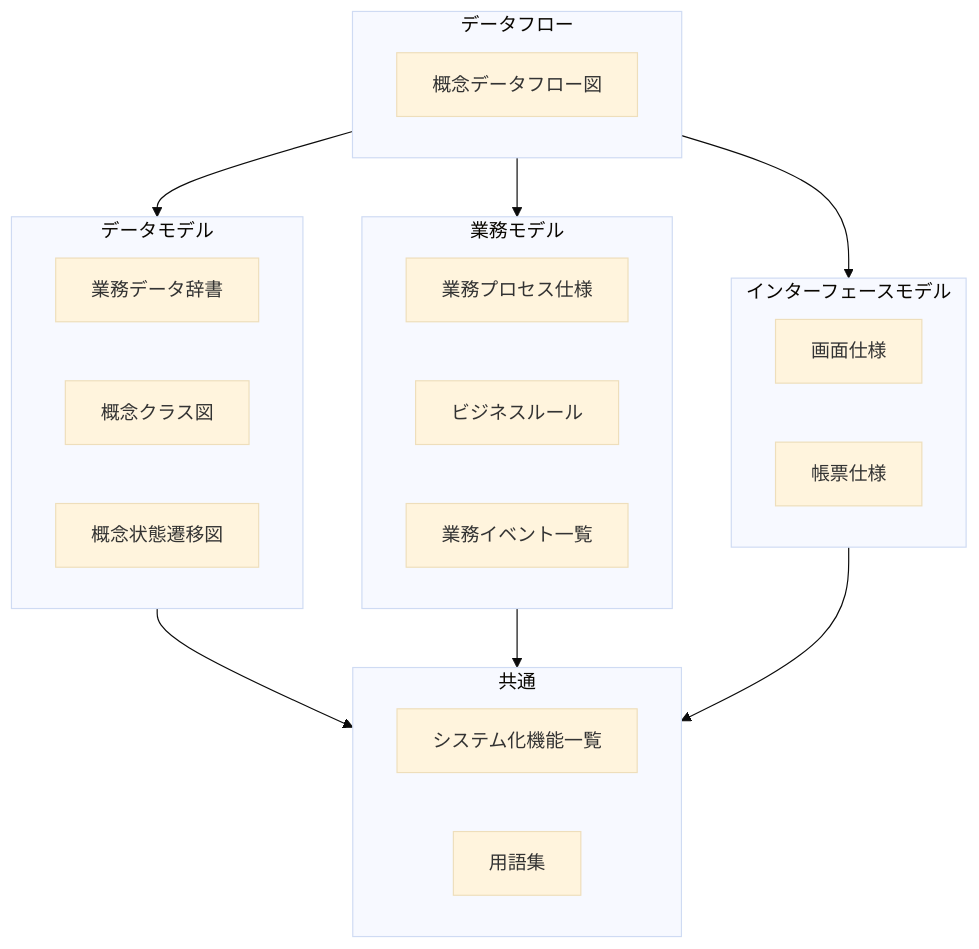
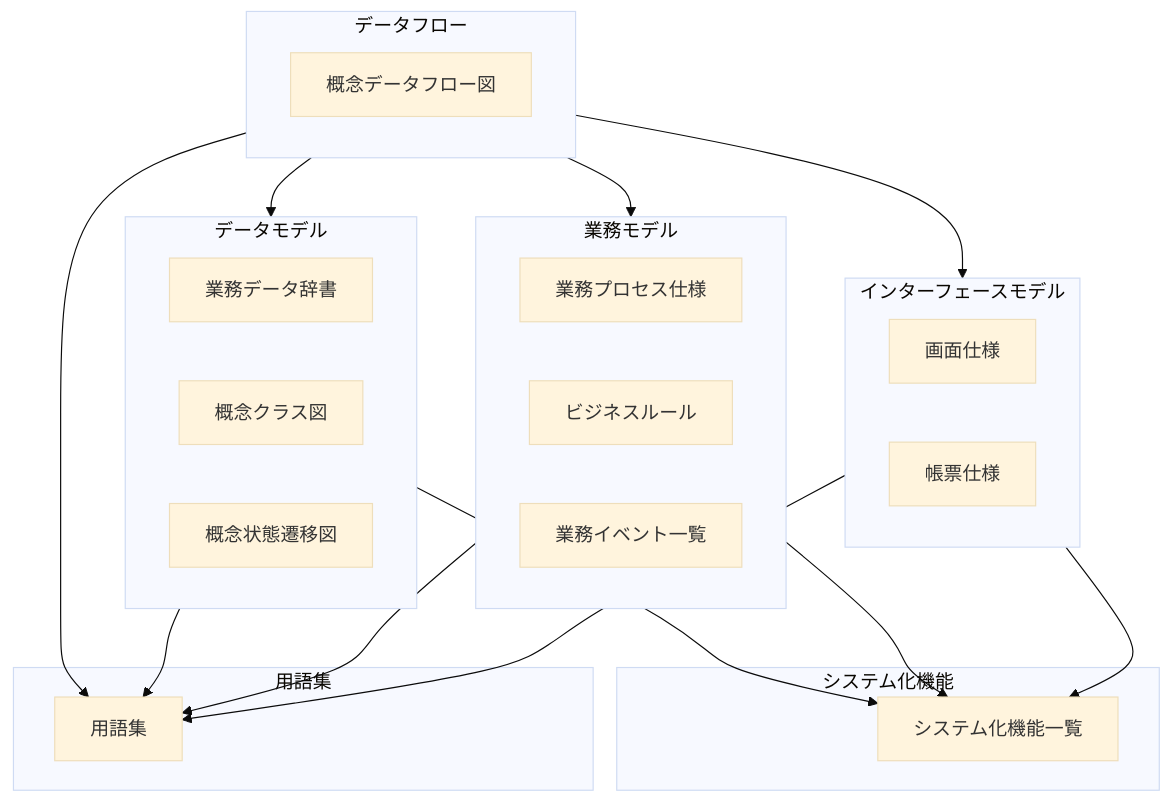
Before and after one commit to specdojo/specdojo: the diagram in docs/ja/specdojo/references/deliverables-reference.md, drawn with Mermaid (base theme).

Commit message:
docs(catalog): split business specs diagram domains

````diff
--- a/docs/ja/specdojo/references/deliverables-reference.md
+++ b/docs/ja/specdojo/references/deliverables-reference.md
@@ -170,36 +170,42 @@
 ```mermaid
 flowchart
   subgraph データフロー
     概念データフロー図[概念データフロー図]
   end
 
   subgraph データモデル
     業務データ辞書[業務データ辞書]
     概念クラス図[概念クラス図]
     概念状態遷移図[概念状態遷移図]
   end
 
   subgraph 業務モデル
     業務プロセス仕様[業務プロセス仕様]
     ビジネスルール[ビジネスルール]
     業務イベント一覧[業務イベント一覧]
   end
 
   subgraph インターフェースモデル
     画面仕様[画面仕様]
     帳票仕様[帳票仕様]
   end
 
-  subgraph 共通
-    direction LR
+  subgraph systemFunctionsGroup[システム化機能]
     システム化機能一覧[システム化機能一覧]
-    用語集[用語集]
+  end
+
+  subgraph glossaryGroup[用語集]
+    用語集定義[用語集]
   end
 
   データフロー --> データモデル
   データフロー --> 業務モデル
   データフロー --> インターフェースモデル
-  データモデル --> 共通
-  業務モデル --> 共通
-  インターフェースモデル --> 共通
+  データモデル --> システム化機能一覧
+  業務モデル --> システム化機能一覧
+  インターフェースモデル --> システム化機能一覧
+  データフロー --> 用語集定義
+  データモデル --> 用語集定義
+  業務モデル --> 用語集定義
+  インターフェースモデル --> 用語集定義
 ```
````
